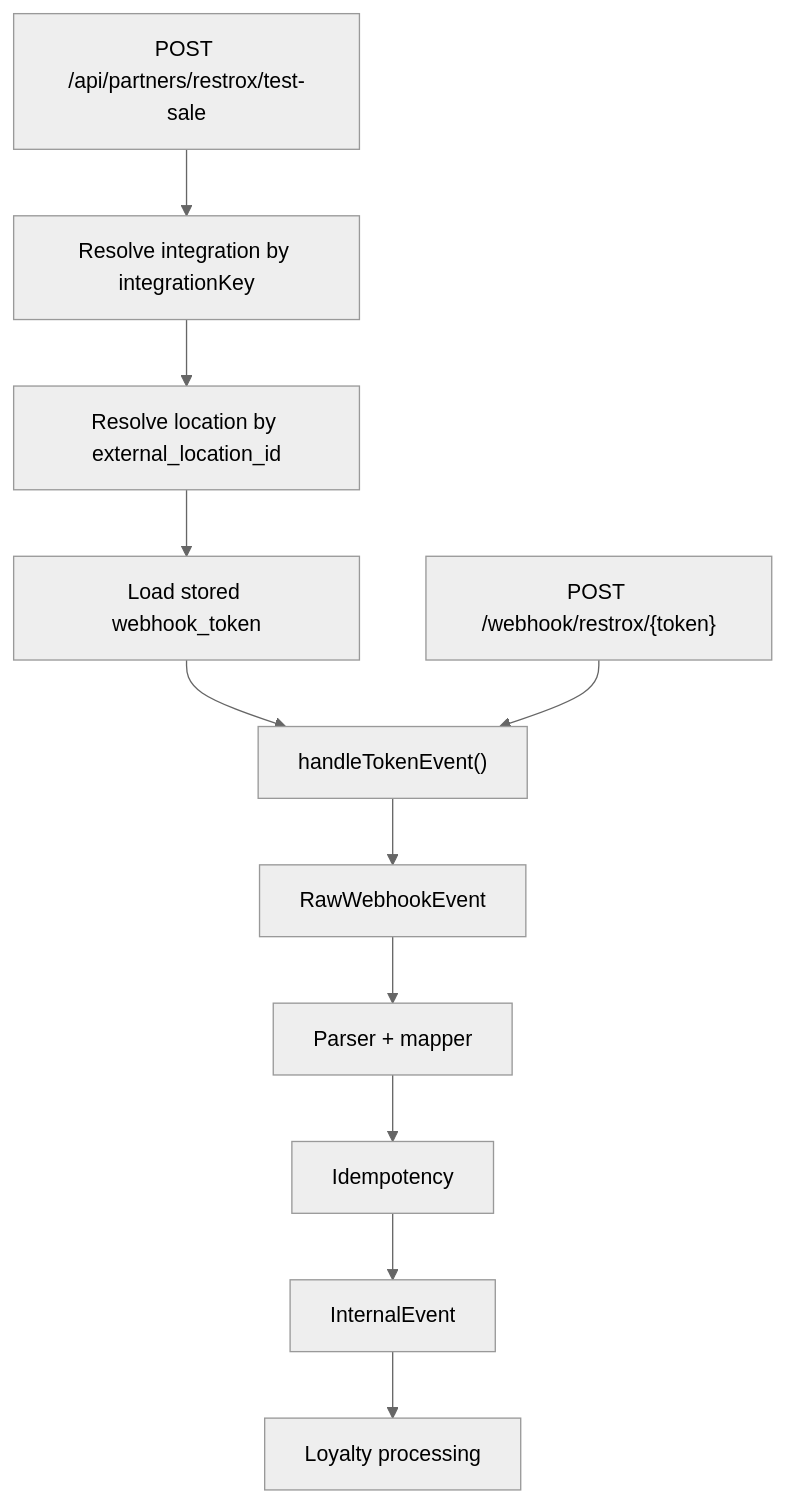
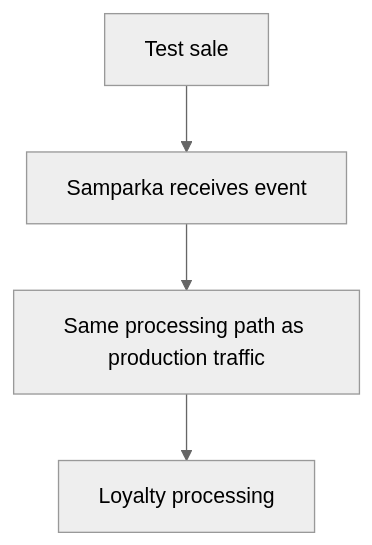
One commit to krischal07/docs changed the second of 2 diagrams in integrations/restrox/native/architecture.mdx. Above: the diagram before and after it, drawn with Mermaid (neutral theme). The commit also changed other lines of this file, not shown here.

````diff
--- a/integrations/restrox/native/architecture.mdx
+++ b/integrations/restrox/native/architecture.mdx
@@ -38,15 +36,6 @@
 ```mermaid
 flowchart TD
-  A["POST /api/partners/restrox/test-sale"] --> B["Resolve integration by integrationKey"]
-  B --> C["Resolve location by external_location_id"]
-  C --> D["Load stored webhook_token"]
-  D --> E["handleTokenEvent()"]
-
-  F["POST /webhook/restrox/{token}"] --> E
-
-  E --> G["RawWebhookEvent"]
-  G --> H["Parser + mapper"]
-  H --> I["Idempotency"]
-  I --> J["InternalEvent"]
-  J --> K["Loyalty processing"]
+  A["Test sale"] --> B["Samparka receives event"]
+  B --> C["Same processing path as production traffic"]
+  C --> D["Loyalty processing"]
 ```
````
